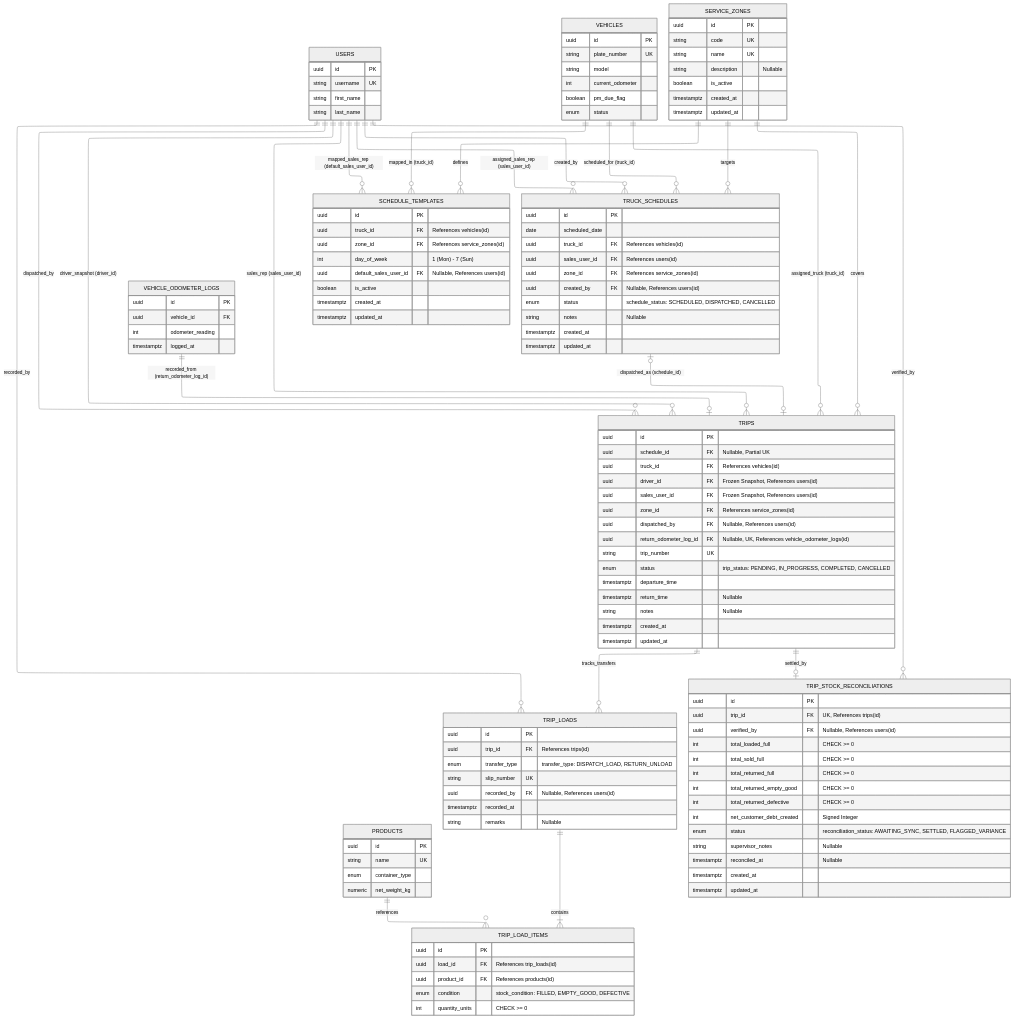
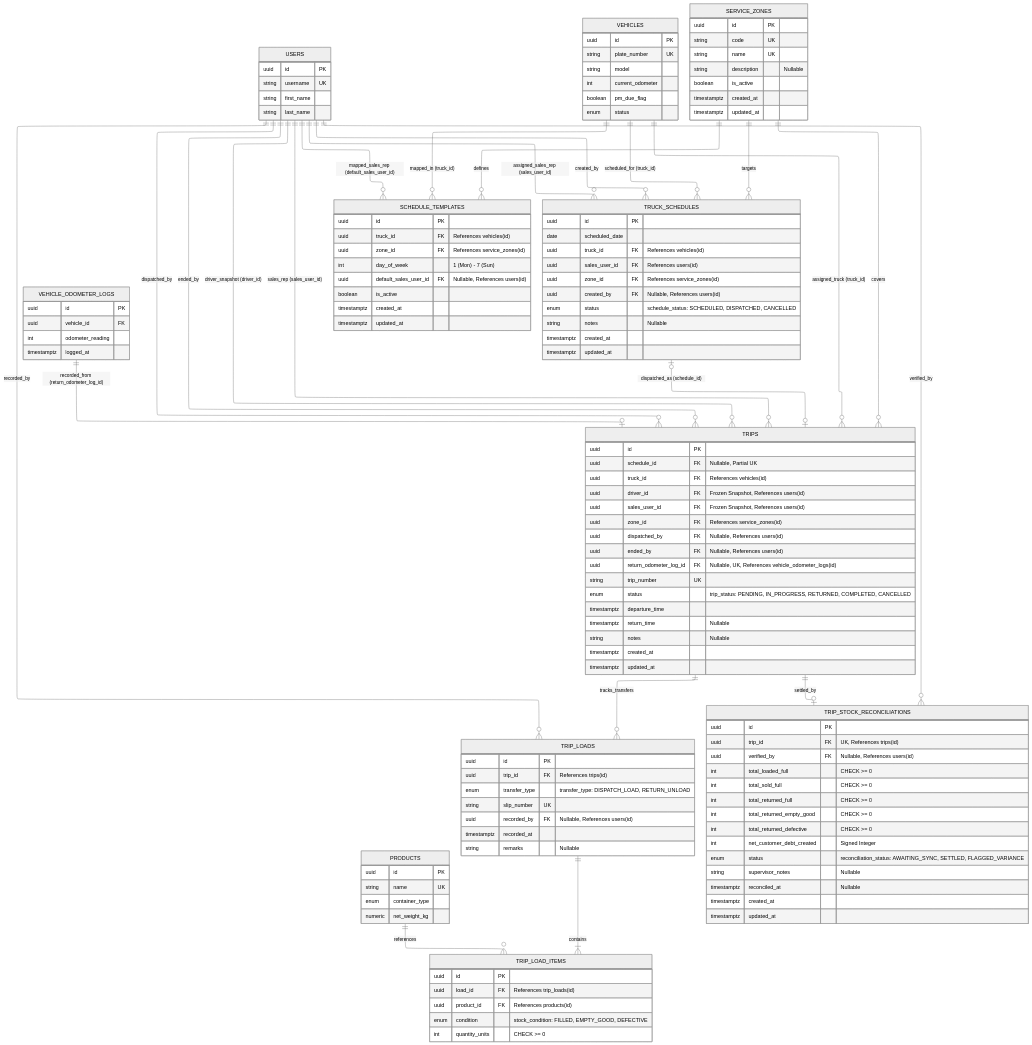
The diagram in docs/ERD_mermaid/schedule_and_trip_erd.md (madayawgas/madayawgas-frontend), drawn with Mermaid before and after one commit. The commit also changed other lines of this file and 49 other files, not shown here.

```diff
--- a/docs/ERD_mermaid/schedule_and_trip_erd.md
+++ b/docs/ERD_mermaid/schedule_and_trip_erd.md
@@ -26,7 +26,7 @@
     %% ENUMS
     %% ==========================================
     %% schedule_status: SCHEDULED, DISPATCHED, CANCELLED
-    %% trip_status: PENDING, IN_PROGRESS, COMPLETED, CANCELLED
+    %% trip_status: PENDING, IN_PROGRESS, RETURNED, COMPLETED, CANCELLED
     %% transfer_type: DISPATCH_LOAD, RETURN_UNLOAD
     %% stock_condition: FILLED, EMPTY_GOOD, DEFECTIVE
     %% reconciliation_status: AWAITING_SYNC, SETTLED, FLAGGED_VARIANCE
@@ -113,9 +113,10 @@
         uuid sales_user_id FK "Frozen Snapshot, References users(id)"
         uuid zone_id FK "References service_zones(id)"
         uuid dispatched_by FK "Nullable, References users(id)"
+        uuid ended_by FK "Nullable, References users(id)"
         uuid return_odometer_log_id FK "Nullable, UK, References vehicle_odometer_logs(id)"
         string trip_number UK
-        enum status "trip_status: PENDING, IN_PROGRESS, COMPLETED, CANCELLED"
+        enum status "trip_status: PENDING, IN_PROGRESS, RETURNED, COMPLETED, CANCELLED"
         timestamptz departure_time
         timestamptz return_time "Nullable"
         string notes "Nullable"
@@ -168,6 +169,7 @@
     USERS ||--o{ TRUCK_SCHEDULES : "assigned_sales_rep (sales_user_id)"
     USERS ||--o{ TRUCK_SCHEDULES : "created_by"
     USERS ||--o{ TRIPS : "dispatched_by"
+    USERS ||--o{ TRIPS : "ended_by"
     USERS ||--o{ TRIPS : "driver_snapshot (driver_id)"
     USERS ||--o{ TRIPS : "sales_rep (sales_user_id)"
     USERS ||--o{ TRIP_LOADS : "recorded_by"
```
